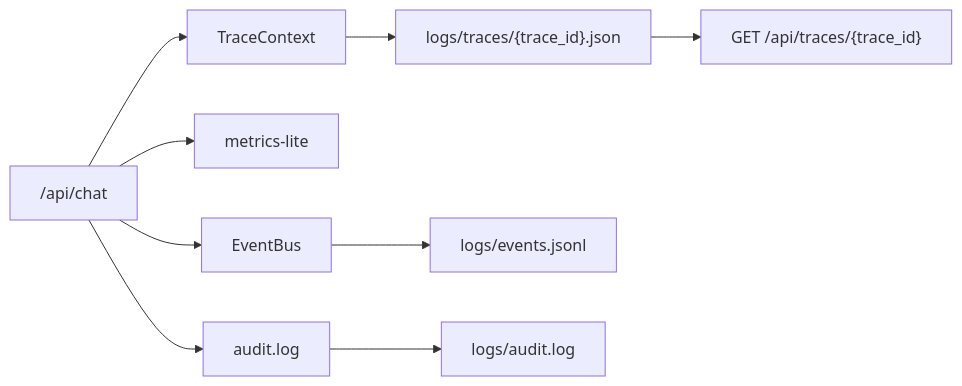
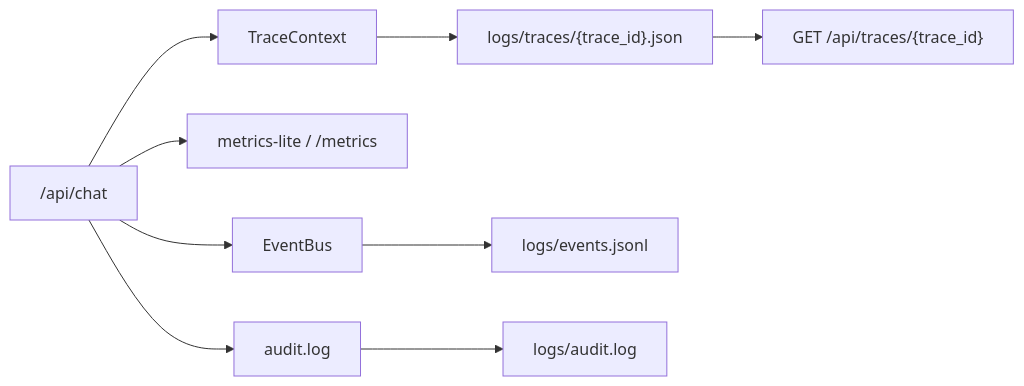
The diagram in docs/observability_design.md (HeadWindSmile/customer-service-agent), drawn with Mermaid before and after one commit. The commit also changed other lines of this file and 22 other files, not shown here.

````diff
--- a/docs/observability_design.md
+++ b/docs/observability_design.md
@@ -9,11 +9,11 @@
 ```mermaid
 flowchart LR
     Chat["/api/chat"] --> Trace["TraceContext"]
-    Chat --> Metrics["metrics-lite"]
+    Chat --> Metrics["metrics-lite / /metrics"]
     Chat --> Audit["audit.log"]
     Chat --> Events["EventBus"]
     Trace --> TraceFile["logs/traces/{trace_id}.json"]
     Events --> EventFile["logs/events.jsonl"]
     Audit --> AuditFile["logs/audit.log"]
     TraceFile --> Replay["GET /api/traces/{trace_id}"]
 ```
````
